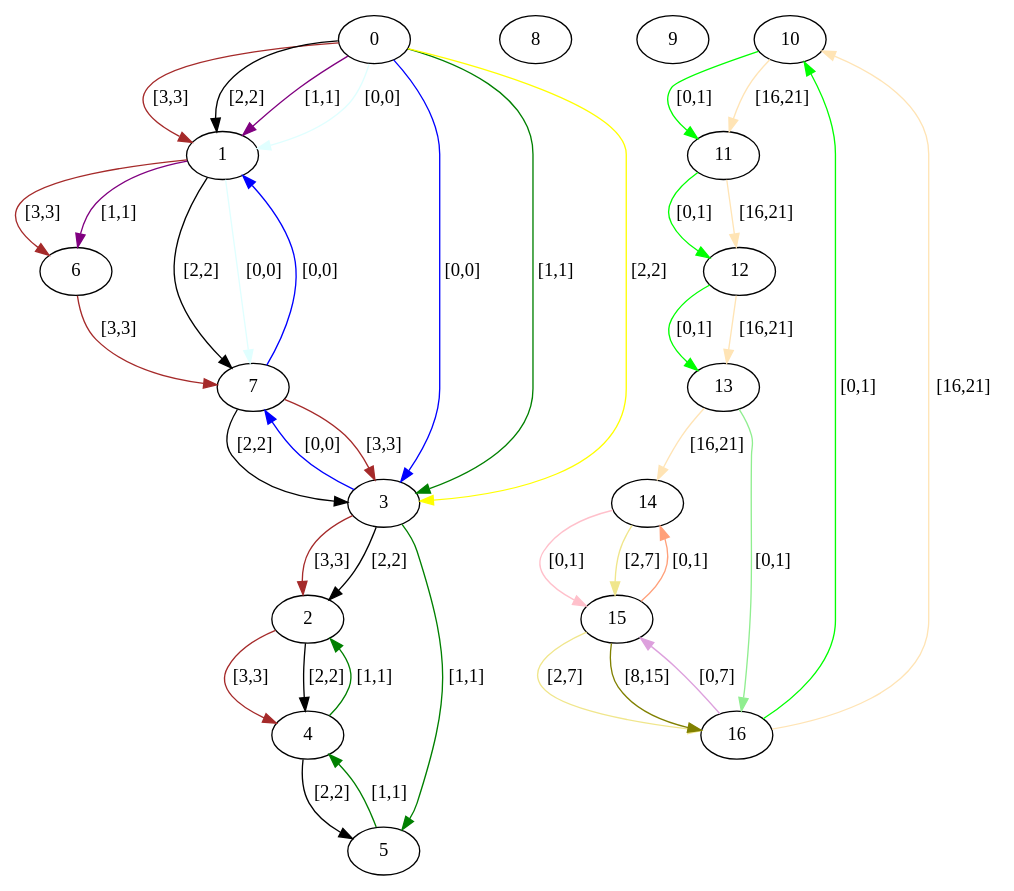
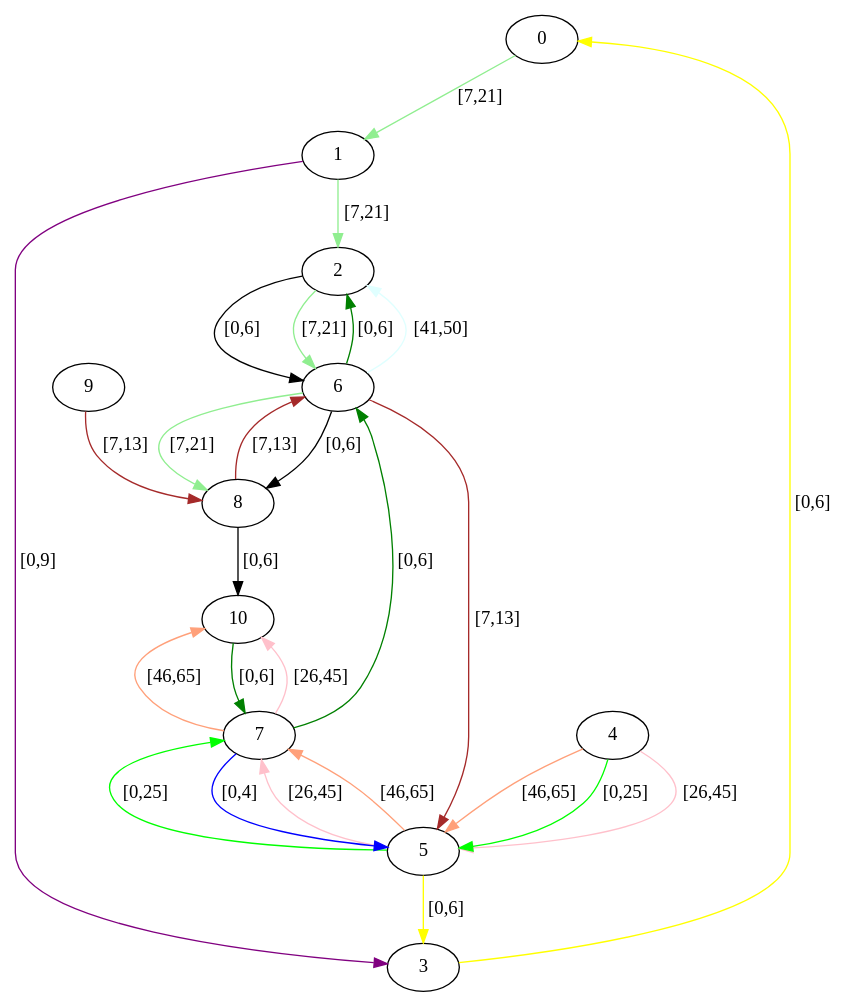
Before and after one commit to Hebbe1234/ExpectAll: the diagram in src/assignedGraphs/assigned.dot, drawn with Graphviz. The commit also changed 4 other files, not shown here.

```diff
--- a/src/assignedGraphs/assigned.dot
+++ b/src/assignedGraphs/assigned.dot
@@ -1,59 +1,39 @@
 digraph  {
 0 [label=0];
 1 [label=1];
 2 [label=2];
 3 [label=3];
 4 [label=4];
 5 [label=5];
 6 [label=6];
 7 [label=7];
 8 [label=8];
 9 [label=9];
 10 [label=10];
-11 [label=11];
-12 [label=12];
-13 [label=13];
-14 [label=14];
-15 [label=15];
-16 [label=16];
-0 -> 3  [color=blue, key=0, label="[0,0]"];
-0 -> 3  [color=green, key=1, label="[1,1]"];
-0 -> 3  [color=yellow, key=2, label="[2,2]"];
-0 -> 1  [color=brown, key=0, label="[3,3]"];
-0 -> 1  [color=black, key=1, label="[2,2]"];
-0 -> 1  [color=purple, key=2, label="[1,1]"];
-0 -> 1  [color=lightcyan, key=3, label="[0,0]"];
-1 -> 6  [color=brown, key=0, label="[3,3]"];
-1 -> 6  [color=purple, key=1, label="[1,1]"];
-1 -> 7  [color=black, key=0, label="[2,2]"];
-1 -> 7  [color=lightcyan, key=1, label="[0,0]"];
-2 -> 4  [color=brown, key=0, label="[3,3]"];
-2 -> 4  [color=black, key=1, label="[2,2]"];
-3 -> 7  [color=blue, key=0, label="[0,0]"];
-3 -> 5  [color=green, key=0, label="[1,1]"];
-3 -> 2  [color=brown, key=0, label="[3,3]"];
-3 -> 2  [color=black, key=1, label="[2,2]"];
-4 -> 2  [color=green, key=0, label="[1,1]"];
-4 -> 5  [color=black, key=0, label="[2,2]"];
-5 -> 4  [color=green, key=0, label="[1,1]"];
-6 -> 7  [color=brown, key=0, label="[3,3]"];
-7 -> 1  [color=blue, key=0, label="[0,0]"];
-7 -> 3  [color=brown, key=0, label="[3,3]"];
-7 -> 3  [color=black, key=1, label="[2,2]"];
-10 -> 11  [color=lime, key=0, label="[0,1]"];
-10 -> 11  [color=moccasin, key=1, label="[16,21]"];
-11 -> 12  [color=lime, key=0, label="[0,1]"];
-11 -> 12  [color=moccasin, key=1, label="[16,21]"];
-12 -> 13  [color=lime, key=0, label="[0,1]"];
-12 -> 13  [color=moccasin, key=1, label="[16,21]"];
-13 -> 16  [color=lightgreen, key=0, label="[0,1]"];
-13 -> 14  [color=moccasin, key=0, label="[16,21]"];
-14 -> 15  [color=pink, key=0, label="[0,1]"];
-14 -> 15  [color=khaki, key=1, label="[2,7]"];
-15 -> 14  [color=lightsalmon, key=0, label="[0,1]"];
-15 -> 16  [color=khaki, key=0, label="[2,7]"];
-15 -> 16  [color=olive, key=1, label="[8,15]"];
-16 -> 10  [color=lime, key=0, label="[0,1]"];
-16 -> 10  [color=moccasin, key=1, label="[16,21]"];
-16 -> 15  [color=plum, key=0, label="[0,7]"];
+0 -> 1  [color=lightgreen, key=0, label="[7,21]"];
+1 -> 3  [color=purple, key=0, label="[0,9]"];
+1 -> 2  [color=lightgreen, key=0, label="[7,21]"];
+2 -> 6  [color=black, key=0, label="[0,6]"];
+2 -> 6  [color=lightgreen, key=1, label="[7,21]"];
+3 -> 0  [color=yellow, key=0, label="[0,6]"];
+4 -> 5  [color=pink, key=0, label="[26,45]"];
+4 -> 5  [color=lightsalmon, key=1, label="[46,65]"];
+4 -> 5  [color=lime, key=2, label="[0,25]"];
+5 -> 3  [color=yellow, key=0, label="[0,6]"];
+5 -> 7  [color=pink, key=0, label="[26,45]"];
+5 -> 7  [color=lightsalmon, key=1, label="[46,65]"];
+5 -> 7  [color=lime, key=2, label="[0,25]"];
+6 -> 2  [color=green, key=0, label="[0,6]"];
+6 -> 2  [color=lightcyan, key=1, label="[41,50]"];
+6 -> 5  [color=brown, key=0, label="[7,13]"];
+6 -> 8  [color=black, key=0, label="[0,6]"];
+6 -> 8  [color=lightgreen, key=1, label="[7,21]"];
+7 -> 5  [color=blue, key=0, label="[0,4]"];
+7 -> 6  [color=green, key=0, label="[0,6]"];
+7 -> 10  [color=pink, key=0, label="[26,45]"];
+7 -> 10  [color=lightsalmon, key=1, label="[46,65]"];
+8 -> 6  [color=brown, key=0, label="[7,13]"];
+8 -> 10  [color=black, key=0, label="[0,6]"];
+9 -> 8  [color=brown, key=0, label="[7,13]"];
+10 -> 7  [color=green, key=0, label="[0,6]"];
 }
```
